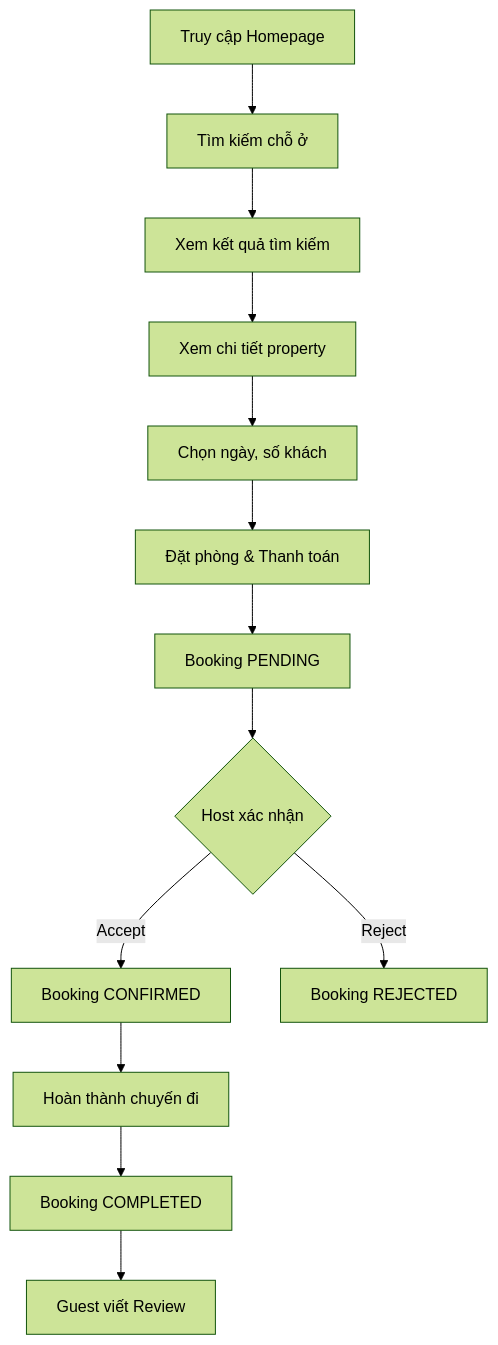
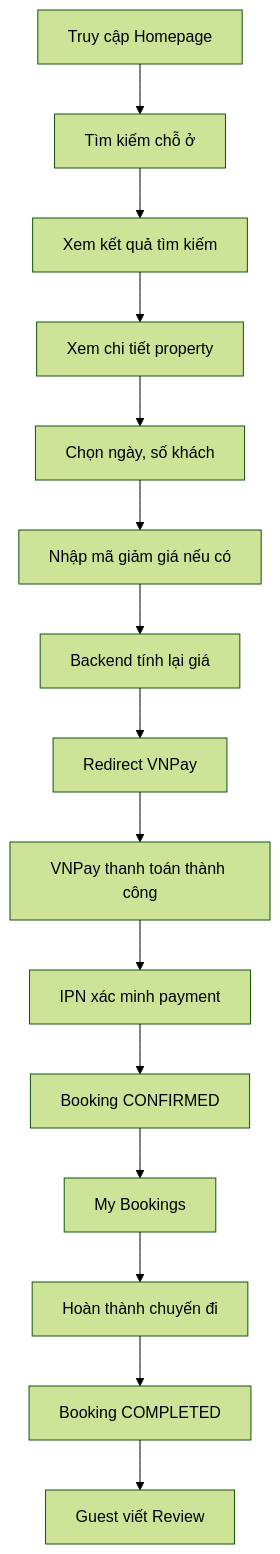
Before and after one commit to apase95/StayHub: the second of 3 diagrams in docs/architecture/1_SystemOverview.md, drawn with Mermaid (forest theme). The commit also changed other lines of this file and 13 other files, not shown here.

Commit message:
[ADD]: New feature payment with VNPay, Discount package

````diff
--- a/docs/architecture/1_SystemOverview.md
+++ b/docs/architecture/1_SystemOverview.md
@@ -72,15 +76,17 @@
 ```mermaid
 flowchart TD
     A[Truy cập Homepage] --> B[Tìm kiếm chỗ ở]
     B --> C[Xem kết quả tìm kiếm]
     C --> D[Xem chi tiết property]
     D --> E[Chọn ngày, số khách]
-    E --> F[Đặt phòng & Thanh toán]
-    F --> G[Booking PENDING]
-    G --> H{Host xác nhận}
-    H -->|Accept| I[Booking CONFIRMED]
-    H -->|Reject| J[Booking REJECTED]
-    I --> K[Hoàn thành chuyến đi]
-    K --> L[Booking COMPLETED]
-    L --> M[Guest viết Review]
+    E --> F[Nhập mã giảm giá nếu có]
+    F --> G[Backend tính lại giá]
+    G --> H[Redirect VNPay]
+    H --> I[VNPay thanh toán thành công]
+    I --> J[IPN xác minh payment]
+    J --> K[Booking CONFIRMED]
+    K --> L[My Bookings]
+    L --> M[Hoàn thành chuyến đi]
+    M --> N[Booking COMPLETED]
+    N --> O[Guest viết Review]
 ```
````
